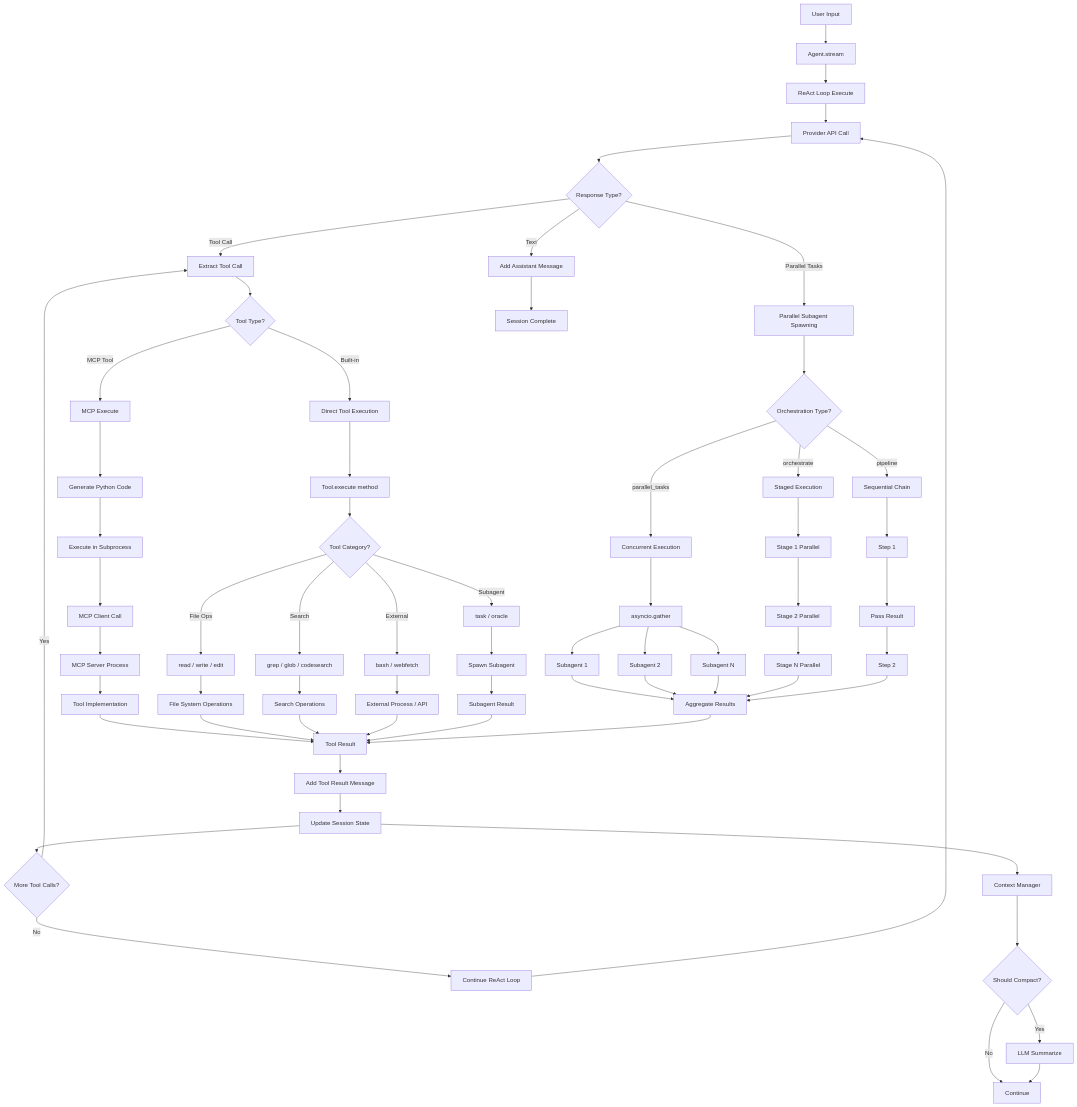
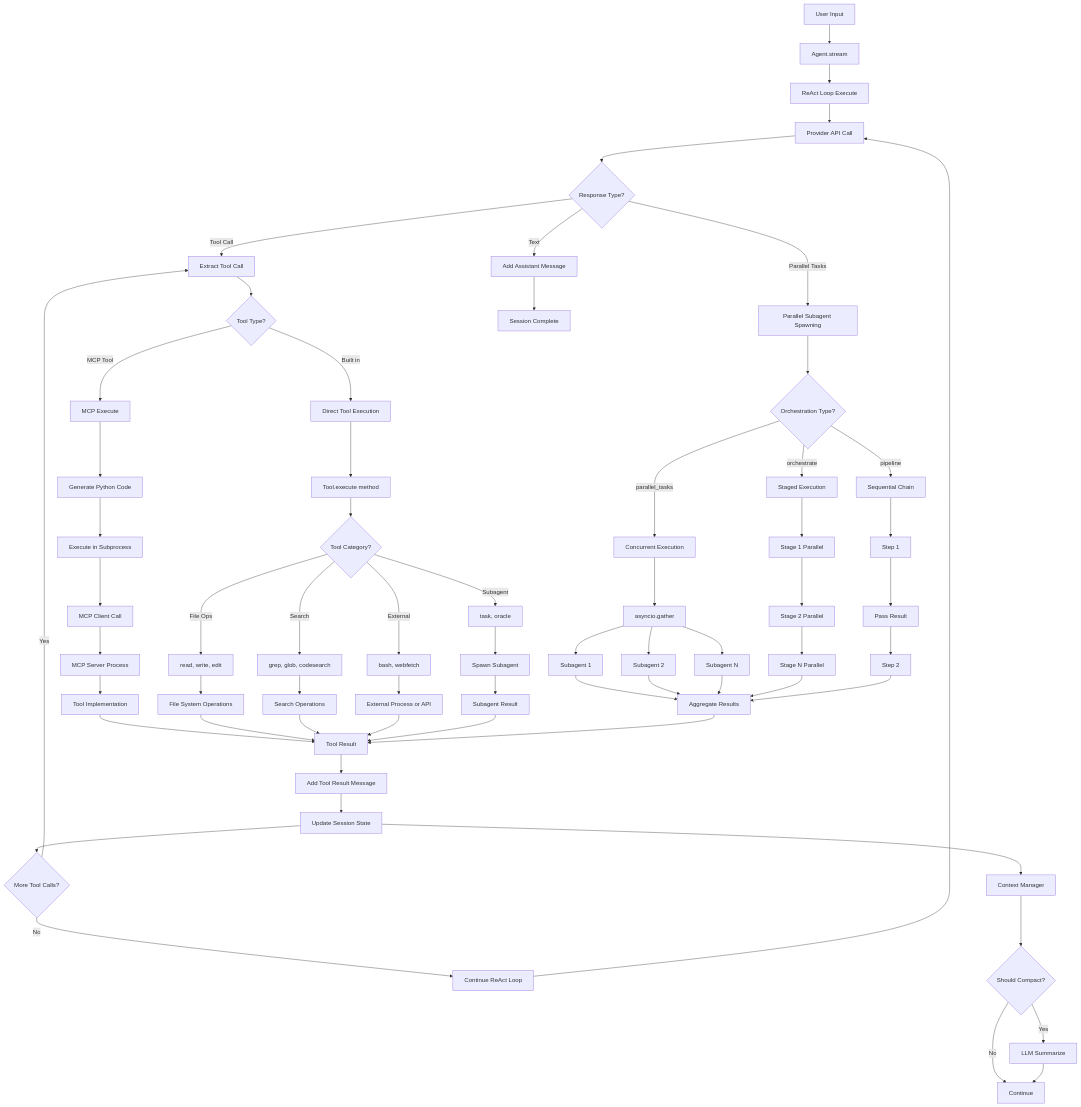
The diagram in README.md (Aditya-PS-05/codesm), drawn with Mermaid before and after one commit. The commit also changed other lines of this file and 23 other files, not shown here.

````diff
--- a/README.md
+++ b/README.md
@@ -547,76 +547,76 @@
 ```mermaid
 flowchart TD
     A[User Input] --> B[Agent.stream]
     B --> C[ReAct Loop Execute]
     C --> D[Provider API Call]
     D --> E{Response Type?}
 
     E -->|Text| F[Add Assistant Message]
     E -->|Tool Call| G[Extract Tool Call]
     E -->|Parallel Tasks| PA[Parallel Subagent Spawning]
 
     G --> H{Tool Type?}
-    H -->|Built-in| J[Direct Tool Execution]
+    H -->|Built in| J[Direct Tool Execution]
     H -->|MCP Tool| I[MCP Execute]
 
     I --> K[Generate Python Code]
     K --> L[Execute in Subprocess]
     L --> M[MCP Client Call]
     M --> N[MCP Server Process]
     N --> O[Tool Implementation]
     O --> P[Tool Result]
 
     J --> Q[Tool.execute method]
     Q --> R{Tool Category?}
-    R -->|File Ops| S[read / write / edit]
-    R -->|Search| T[grep / glob / codesearch]
-    R -->|External| U[bash / webfetch]
-    R -->|Subagent| V[task / oracle]
+    R -->|File Ops| S[read, write, edit]
+    R -->|Search| T[grep, glob, codesearch]
+    R -->|External| U[bash, webfetch]
+    R -->|Subagent| V[task, oracle]
 
     S --> W[File System Operations]
     T --> X[Search Operations]
-    U --> Y[External Process / API]
+    U --> Y[External Process or API]
     V --> Z[Spawn Subagent]
 
     W --> P
     X --> P
     Y --> P
     Z --> AA[Subagent Result]
     AA --> P
 
     PA --> PB{Orchestration Type?}
     PB -->|parallel_tasks| PC[Concurrent Execution]
     PB -->|orchestrate| PD[Staged Execution]
     PB -->|pipeline| PE[Sequential Chain]
 
     PC --> PF[asyncio.gather]
     PD --> PG[Stage 1 Parallel] --> PH[Stage 2 Parallel] --> PI[Stage N Parallel]
     PE --> PJ[Step 1] --> PK[Pass Result] --> PL[Step 2]
 
     PF --> PM[Subagent 1]
     PF --> PN[Subagent 2]
     PF --> PO[Subagent N]
 
     PM --> PQ[Aggregate Results]
     PN --> PQ
     PO --> PQ
     PI --> PQ
     PL --> PQ
     PQ --> P
 
     P --> BB[Add Tool Result Message]
     BB --> CC[Update Session State]
     CC --> DD{More Tool Calls?}
 
     DD -->|Yes| G
     DD -->|No| EE[Continue ReAct Loop]
     EE --> D
 
     F --> FF[Session Complete]
 
     CC --> GG[Context Manager]
     GG --> HH{Should Compact?}
     HH -->|Yes| II[LLM Summarize]
     HH -->|No| JJ[Continue]
     II --> JJ
 ```
````
